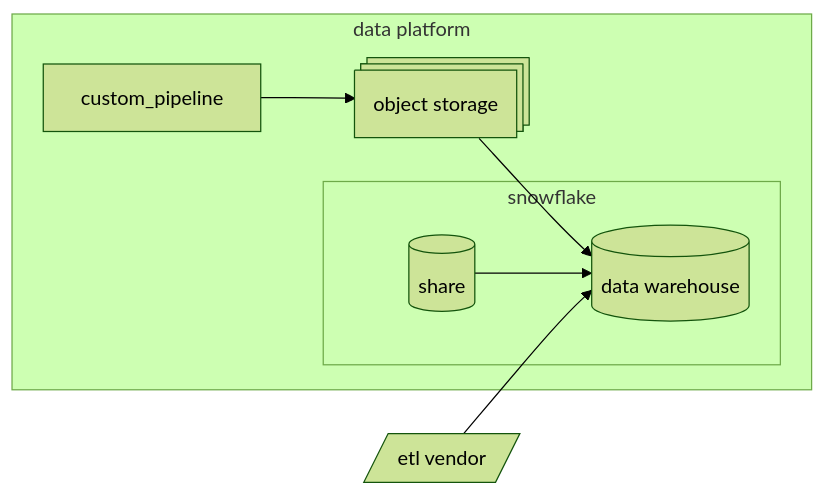
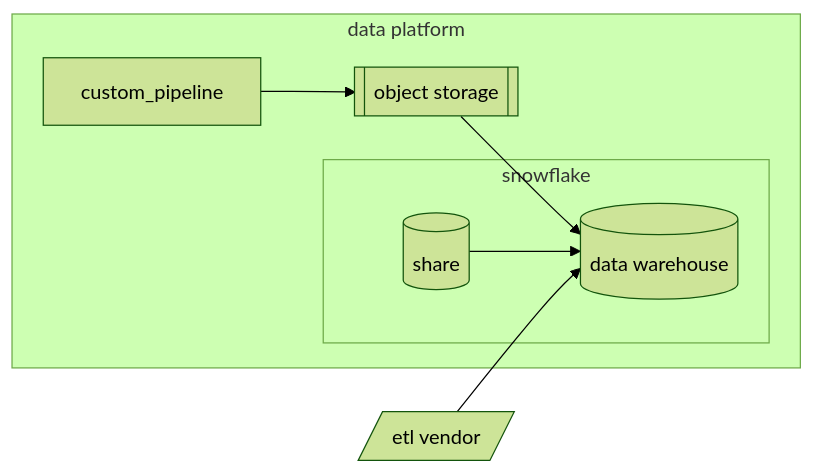
Before and after one commit to zalyoung/gitlab-handbook: the diagram in content/handbook/enterprise-data/platform/pipelines/_index.md, drawn with Mermaid (forest theme).

Commit message:
fix to prev mermaid syntax

````diff
--- a/content/handbook/enterprise-data/platform/pipelines/_index.md
+++ b/content/handbook/enterprise-data/platform/pipelines/_index.md
@@ -16,16 +16,16 @@
 ```mermaid
 flowchart LR
 
 subgraph data platform
 
     object_storage --> warehouse
-    custom_pipeline --> object_storage@{ shape: procs, label: "object storage"}
+    custom_pipeline --> object_storage[[object storage]]
 
     subgraph snowflake
         snowflake_share[(share)] --> warehouse[(data warehouse)]
     end
 
 end
 
 etl_vendor[/etl vendor/] --> warehouse
 ```
````
